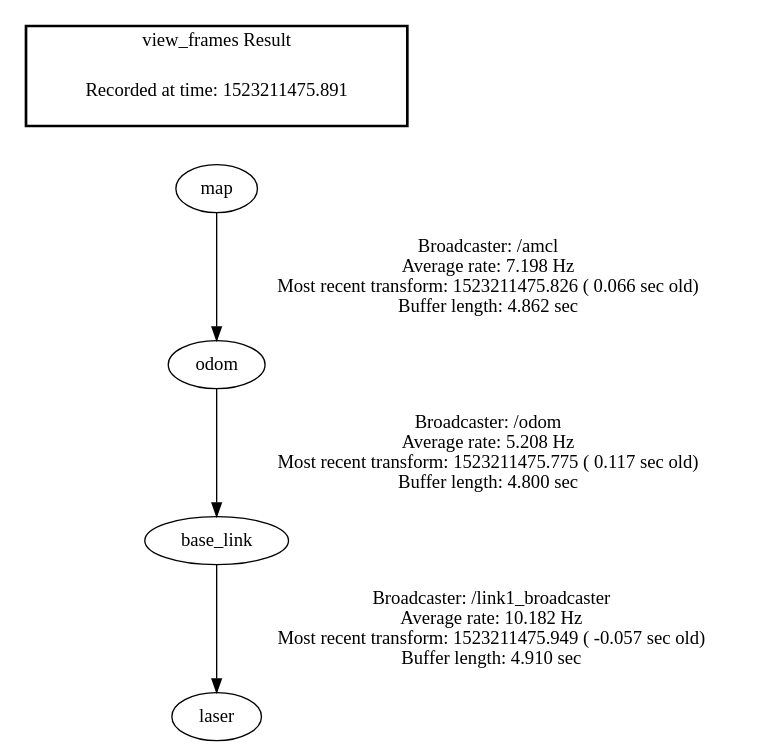
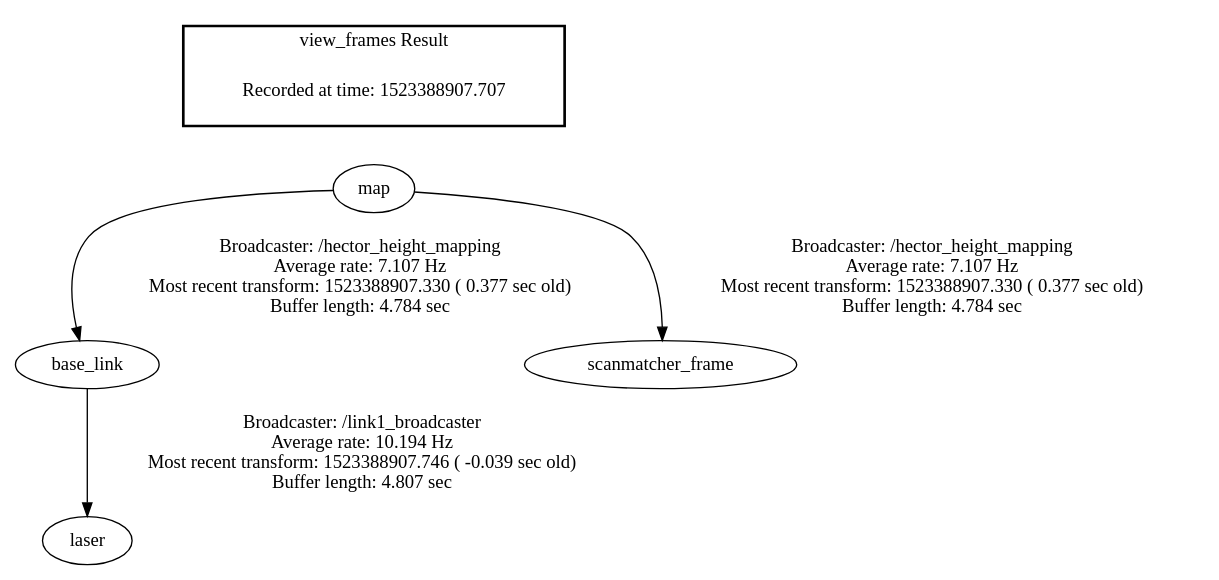
One commit to FernandoOrtiz/DeepFind changed the diagram in catkin_ws/frames.gv. Above: the diagram before and after it, drawn with Graphviz. The commit also changed 43 other files, not shown here.

```diff
--- a/catkin_ws/frames.gv
+++ b/catkin_ws/frames.gv
@@ -1,9 +1,9 @@
 digraph G {
-"base_link" -> "laser"[label="Broadcaster: /link1_broadcaster\nAverage rate: 10.182 Hz\nMost recent transform: 1523211475.949 ( -0.057 sec old)\nBuffer length: 4.910 sec\n"];
-"odom" -> "base_link"[label="Broadcaster: /odom\nAverage rate: 5.208 Hz\nMost recent transform: 1523211475.775 ( 0.117 sec old)\nBuffer length: 4.800 sec\n"];
-"map" -> "odom"[label="Broadcaster: /amcl\nAverage rate: 7.198 Hz\nMost recent transform: 1523211475.826 ( 0.066 sec old)\nBuffer length: 4.862 sec\n"];
+"map" -> "base_link"[label="Broadcaster: /hector_height_mapping\nAverage rate: 7.107 Hz\nMost recent transform: 1523388907.330 ( 0.377 sec old)\nBuffer length: 4.784 sec\n"];
+"map" -> "scanmatcher_frame"[label="Broadcaster: /hector_height_mapping\nAverage rate: 7.107 Hz\nMost recent transform: 1523388907.330 ( 0.377 sec old)\nBuffer length: 4.784 sec\n"];
+"base_link" -> "laser"[label="Broadcaster: /link1_broadcaster\nAverage rate: 10.194 Hz\nMost recent transform: 1523388907.746 ( -0.039 sec old)\nBuffer length: 4.807 sec\n"];
 edge [style=invis];
  subgraph cluster_legend { style=bold; color=black; label ="view_frames Result";
-"Recorded at time: 1523211475.891"[ shape=plaintext ] ;
+"Recorded at time: 1523388907.707"[ shape=plaintext ] ;
  }->"map";
 }
```
